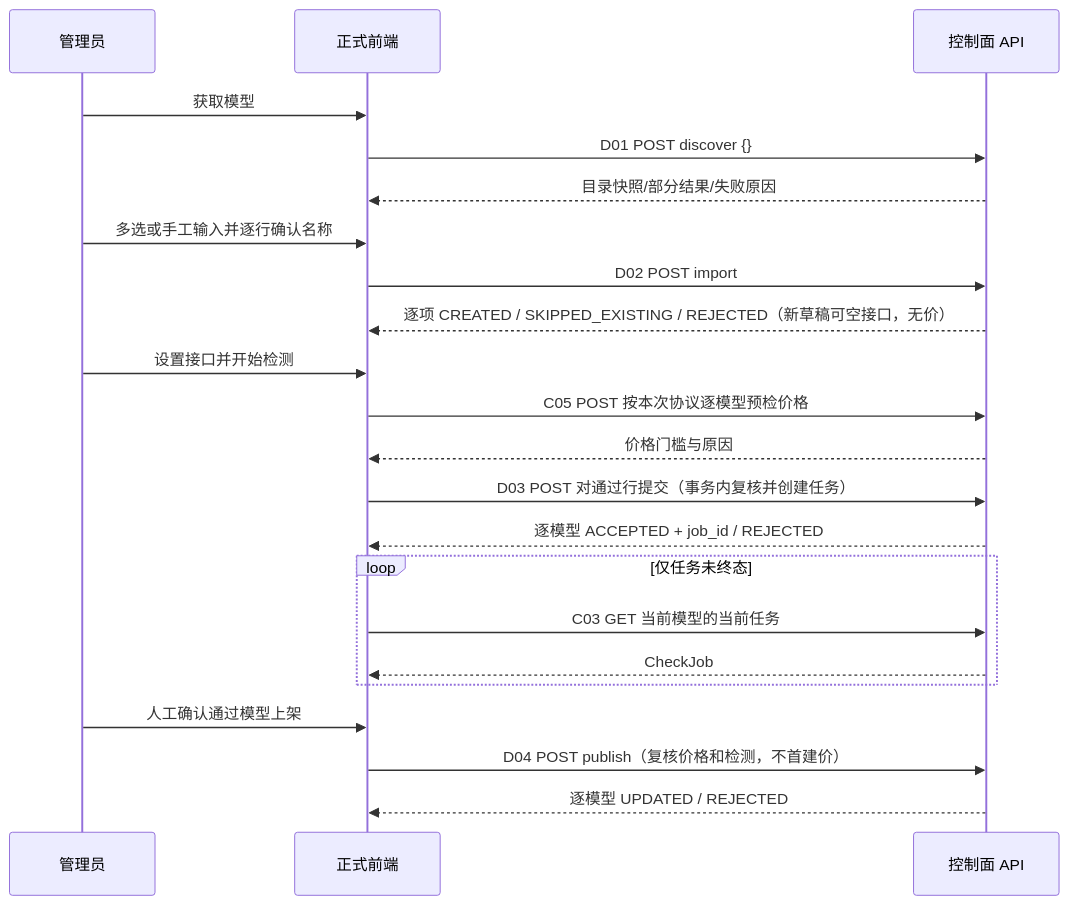
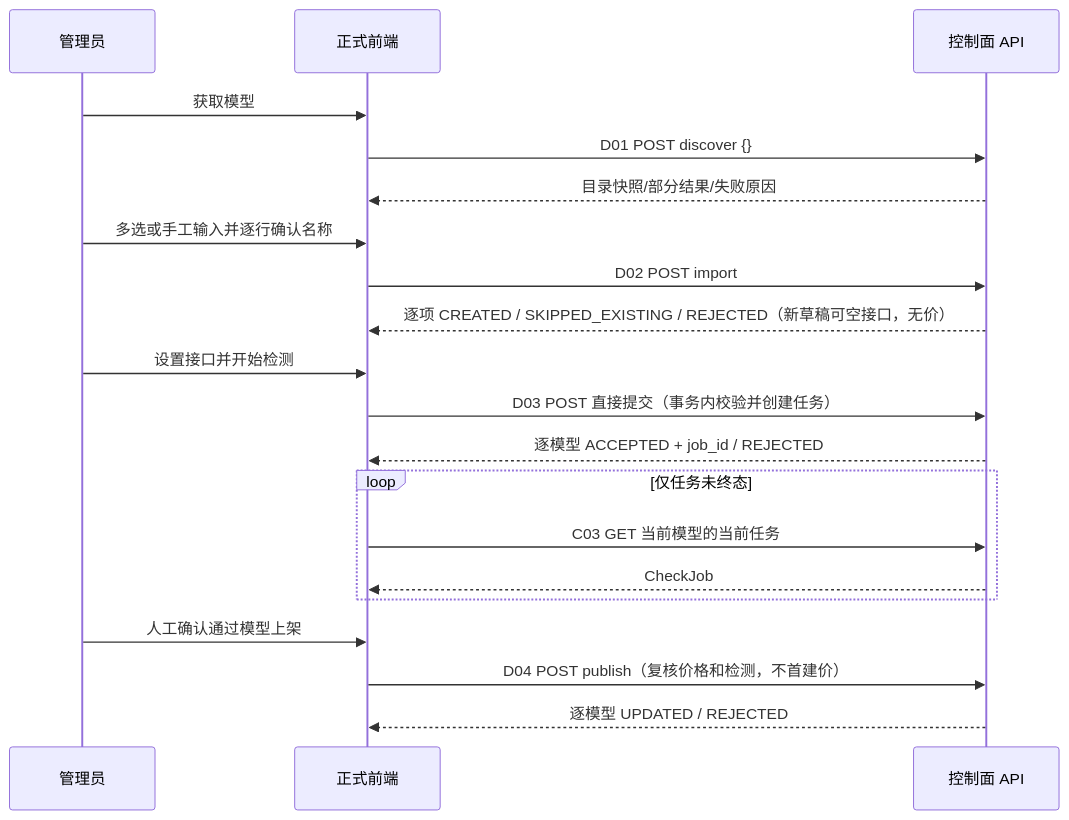
Before and after one commit to Gshengx/ai-gateway-admin: the first of 4 diagrams in docs/07-前端协同对接指南.md, drawn with Mermaid. The commit also changed other lines of this file and 71 other files, not shown here.

````diff
--- a/docs/07-前端协同对接指南.md
+++ b/docs/07-前端协同对接指南.md
@@ -200,24 +198,22 @@
 ```mermaid
 sequenceDiagram
   participant U as 管理员
   participant F as 正式前端
   participant A as 控制面 API
   U->>F: 获取模型
   F->>A: D01 POST discover {}
   A-->>F: 目录快照/部分结果/失败原因
   U->>F: 多选或手工输入并逐行确认名称
   F->>A: D02 POST import
   A-->>F: 逐项 CREATED / SKIPPED_EXISTING / REJECTED（新草稿可空接口，无价）
   U->>F: 设置接口并开始检测
-  F->>A: C05 POST 按本次协议逐模型预检价格
-  A-->>F: 价格门槛与原因
-  F->>A: D03 POST 对通过行提交（事务内复核并创建任务）
+  F->>A: D03 POST 直接提交（事务内校验并创建任务）
   A-->>F: 逐模型 ACCEPTED + job_id / REJECTED
   loop 仅任务未终态
     F->>A: C03 GET 当前模型的当前任务
     A-->>F: CheckJob
   end
   U->>F: 人工确认通过模型上架
   F->>A: D04 POST publish（复核价格和检测，不首建价）
   A-->>F: 逐模型 UPDATED / REJECTED
 ```
````
